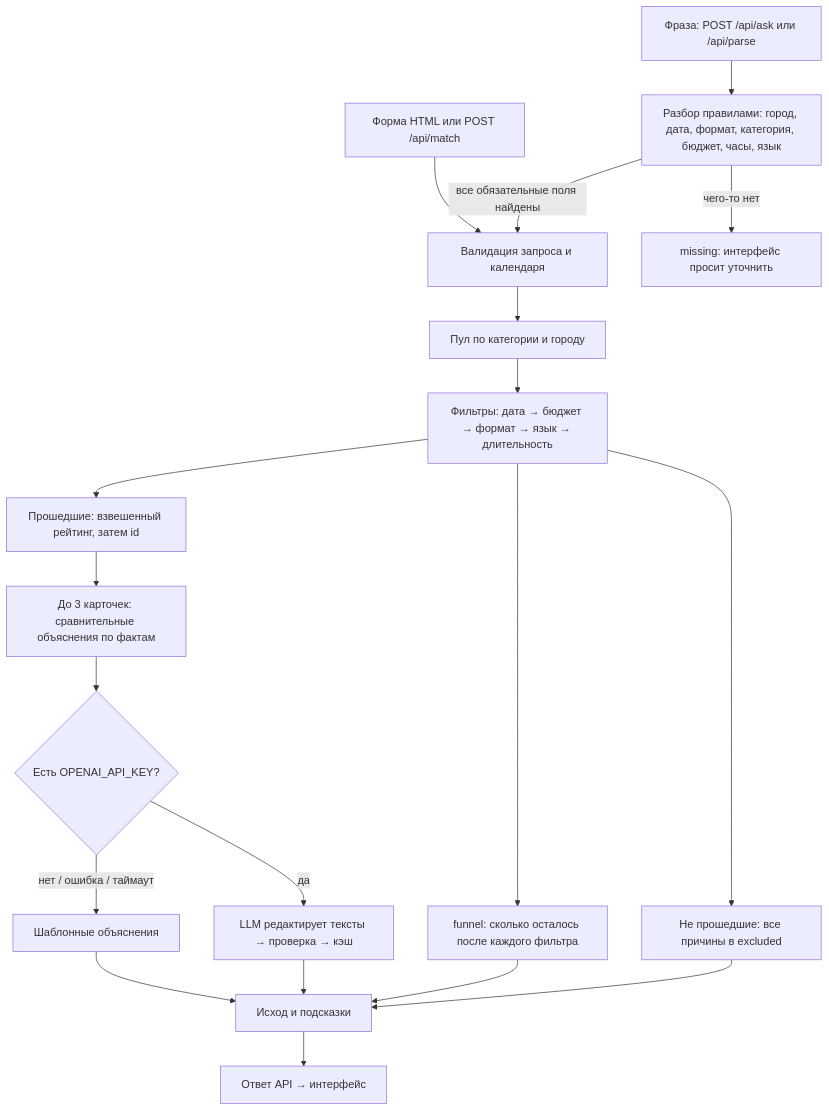
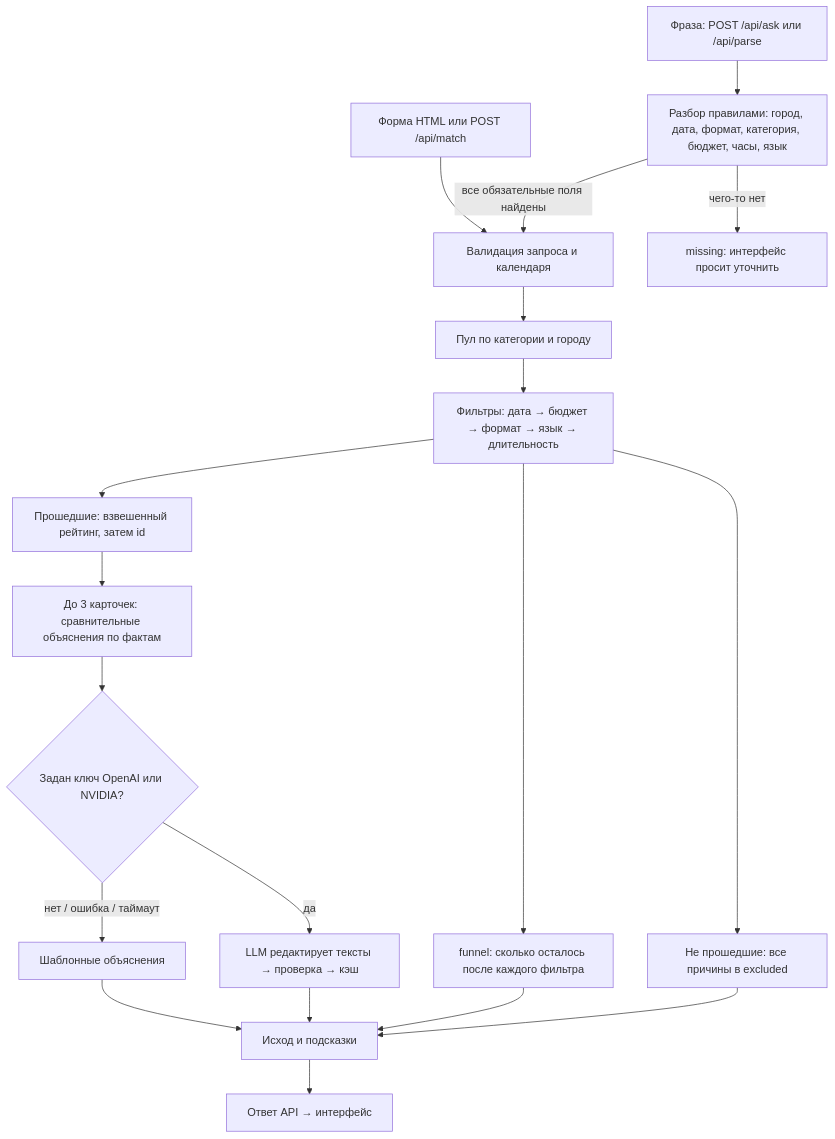
One commit to BAITC-Hacks/hack-774a9321-beyonder changed the diagram in README.md. Above: the diagram before and after it, drawn with Mermaid. The commit also changed other lines of this file and 3 other files, not shown here.

````diff
--- a/README.md
+++ b/README.md
@@ -38,21 +59,21 @@
 ```mermaid
 flowchart TD
   T[Фраза: POST /api/ask или /api/parse] --> P[Разбор правилами: город, дата, формат, категория, бюджет, часы, язык]
   P -->|все обязательные поля найдены| B
   P -->|чего-то нет| MS[missing: интерфейс просит уточнить]
   A[Форма HTML или POST /api/match] --> B[Валидация запроса и календаря]
   B --> C[Пул по категории и городу]
   C --> D[Фильтры: дата → бюджет → формат → язык → длительность]
   D --> FN[funnel: сколько осталось после каждого фильтра]
   D --> E[Прошедшие: взвешенный рейтинг, затем id]
   D --> F[Не прошедшие: все причины в excluded]
   E --> G[До 3 карточек: сравнительные объяснения по фактам]
-  G --> L{Есть OPENAI_API_KEY?}
+  G --> L{Задан ключ OpenAI или NVIDIA?}
   L -- да --> LLM[LLM редактирует тексты → проверка → кэш]
   L -- нет / ошибка / таймаут --> N[Шаблонные объяснения]
   F --> H[Исход и подсказки]
   FN --> H
   LLM --> H
   N --> H
   H --> I[Ответ API → интерфейс]
 ```
````
